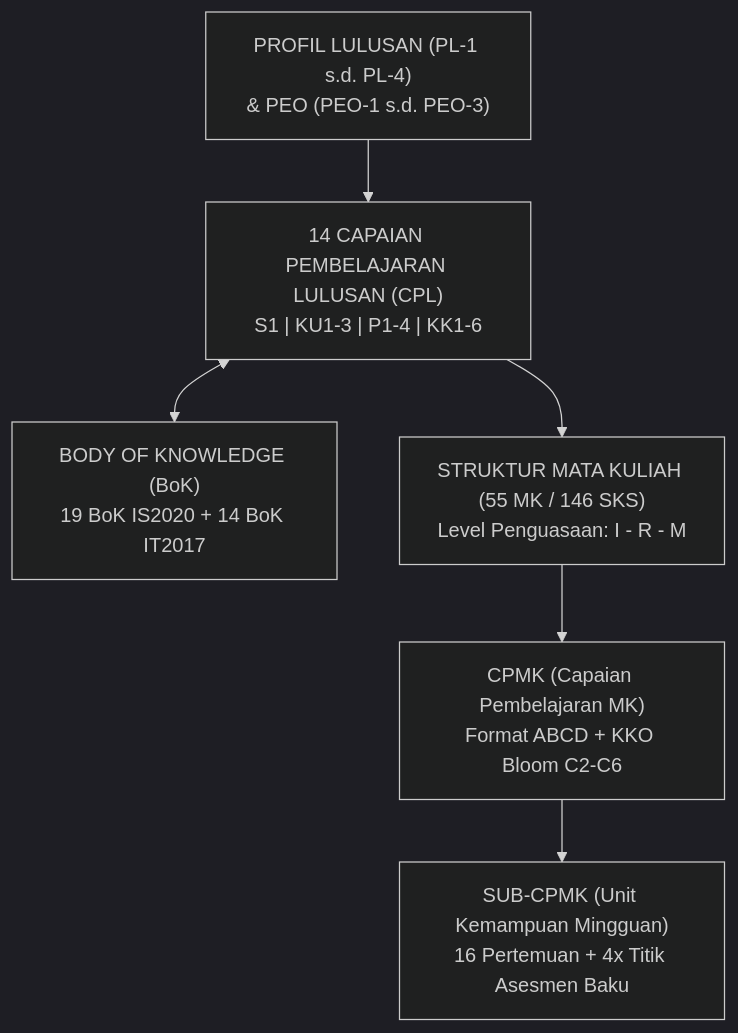
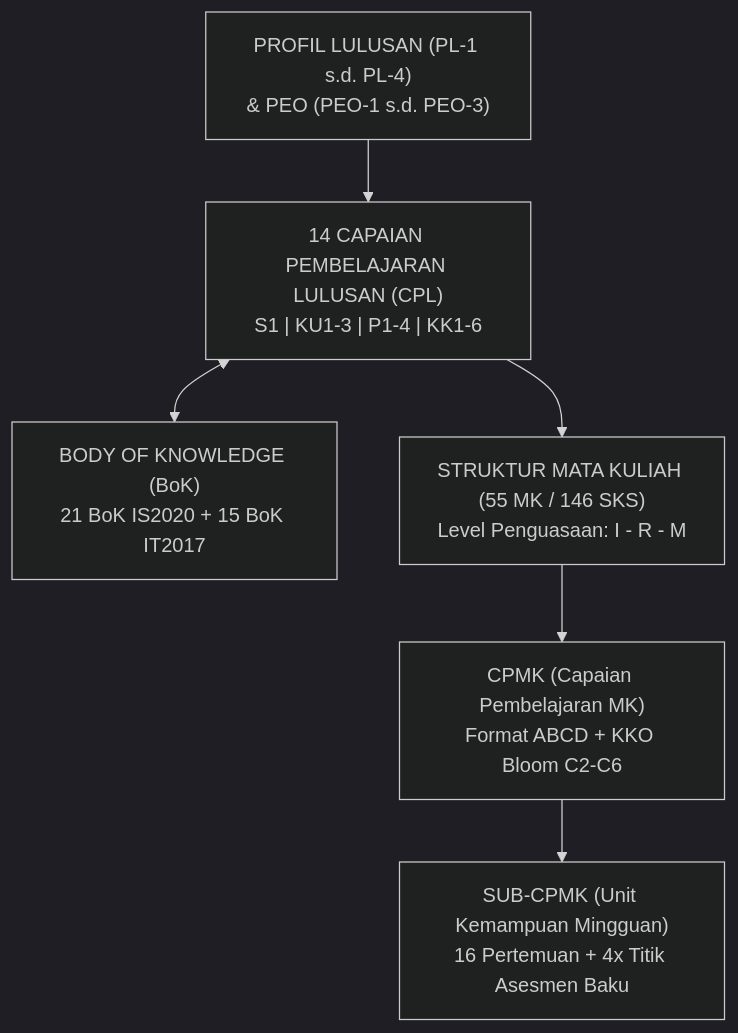
One commit to roniwahyu/--BRAINSTORMING_KURIKULUM2026 changed the diagram in KURIKULUM2026_REVISI/009_LANGKAH2_CPL_FORMAL.md. Above: the diagram before and after it, drawn with Mermaid (dark theme). The commit also changed other lines of this file and 100 other files, not shown here.

````diff
--- a/KURIKULUM2026_REVISI/009_LANGKAH2_CPL_FORMAL.md
+++ b/KURIKULUM2026_REVISI/009_LANGKAH2_CPL_FORMAL.md
@@ -81,15 +81,15 @@
 ```mermaid
 graph TD
     PL["PROFIL LULUSAN (PL-1 s.d. PL-4)<br/>& PEO (PEO-1 s.d. PEO-3)"]
     CPL["14 CAPAIAN PEMBELAJARAN LULUSAN (CPL)<br/>S1 | KU1-3 | P1-4 | KK1-6"]
-    BOK["BODY OF KNOWLEDGE (BoK)<br/>19 BoK IS2020 + 14 BoK IT2017"]
+    BOK["BODY OF KNOWLEDGE (BoK)<br/>21 BoK IS2020 + 15 BoK IT2017"]
     MK["STRUKTUR MATA KULIAH (55 MK / 146 SKS)<br/>Level Penguasaan: I - R - M"]
     CPMK["CPMK (Capaian Pembelajaran MK)<br/>Format ABCD + KKO Bloom C2-C6"]
     SUBCPMK["SUB-CPMK (Unit Kemampuan Mingguan)<br/>16 Pertemuan + 4x Titik Asesmen Baku"]
 
     PL --> CPL
     CPL <--> BOK
     CPL --> MK
     MK --> CPMK
     CPMK --> SUBCPMK
 ```
````
